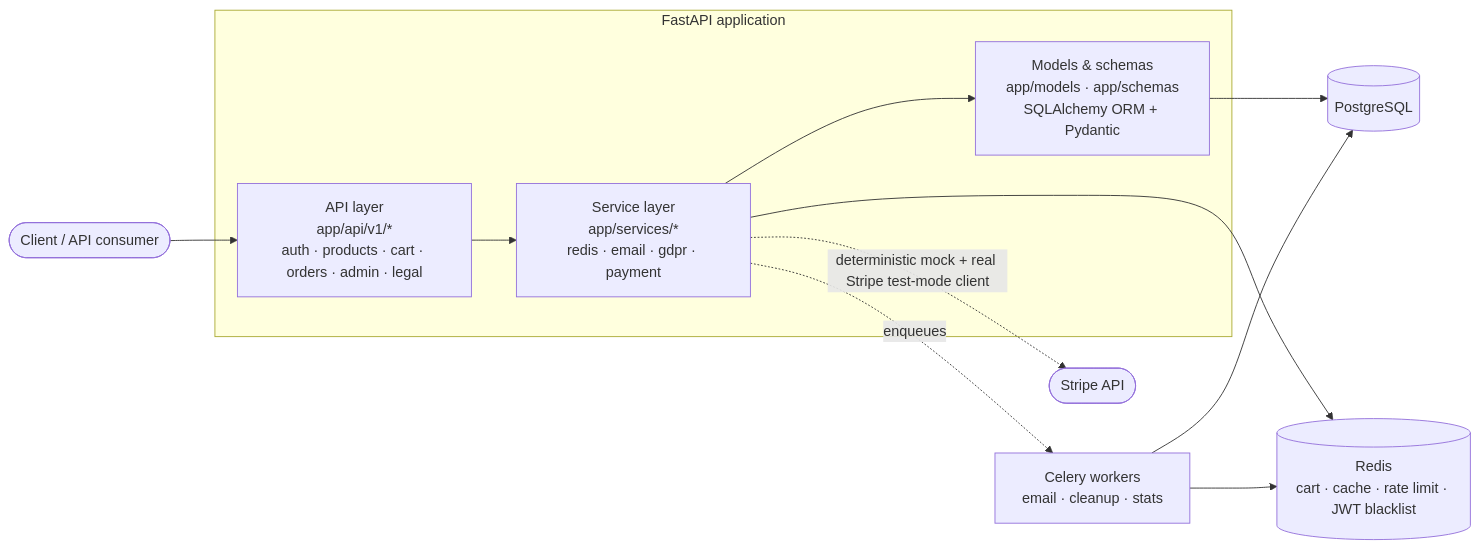
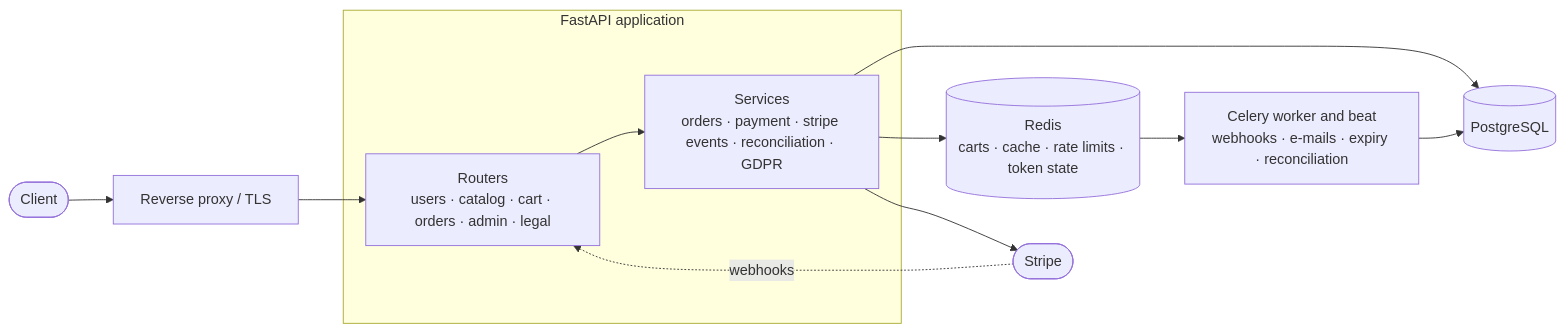
The diagram in README.md (nadeko0/fastapi_e-commerce_backend), drawn with Mermaid before and after one commit. The commit also changed other lines of this file and 29 other files, not shown here.

````diff
--- a/README.md
+++ b/README.md
@@ -25,19 +30,16 @@
 ```mermaid
 flowchart LR
-    Client(["Client / API consumer"]) --> API
+    Client([Client]) --> Proxy[Reverse proxy / TLS]
+    Proxy --> API
 
-    subgraph App["FastAPI application"]
-        API["API layer<br/>app/api/v1/*<br/>auth · products · cart · orders · admin · legal"]
-        Services["Service layer<br/>app/services/*<br/>redis · email · gdpr · payment"]
-        Models["Models & schemas<br/>app/models · app/schemas<br/>SQLAlchemy ORM + Pydantic"]
-        API --> Services
-        Services --> Models
+    subgraph App[FastAPI application]
+        API[Routers<br/>users · catalog · cart · orders · admin · legal] --> Services[Services<br/>orders · payment · stripe events · reconciliation · GDPR]
     end
 
-    Models --> DB[("PostgreSQL")]
-    Services --> Redis[("Redis<br/>cart · cache · rate limit · JWT blacklist")]
-    Services -.enqueues.-> Celery["Celery workers<br/>email · cleanup · stats"]
-    Celery --> DB
-    Celery --> Redis
-    Services -.deterministic mock + real Stripe test-mode client.-> Stripe(["Stripe API"])
+    Services --> DB[(PostgreSQL)]
+    Services --> Redis[(Redis<br/>carts · cache · rate limits · token state)]
+    Services --> Stripe([Stripe])
+    Stripe -. webhooks .-> API
+    Redis --> Worker[Celery worker and beat<br/>webhooks · e-mails · expiry · reconciliation]
+    Worker --> DB
 ```
````
